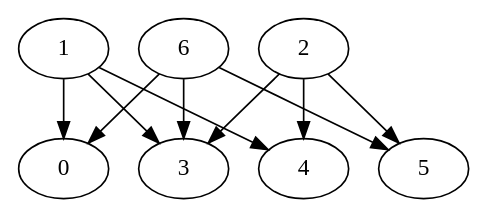
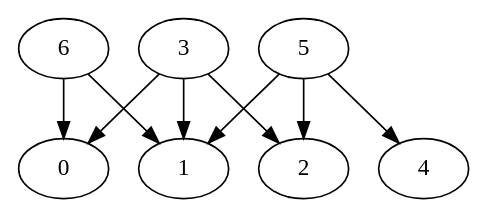
The diagram in utils/apps/app.dot (nreusch/TSNConf), drawn with Graphviz before and after one commit. The commit also changed 115 other files, not shown here.

```diff
--- a/utils/apps/app.dot
+++ b/utils/apps/app.dot
@@ -1,11 +1,10 @@
 digraph dag {
-	1 -> 0;
-	1 -> 3;
-	1 -> 4;
-	2 -> 3;
-	2 -> 4;
-	2 -> 5;
+	3 -> 0;
+	3 -> 1;
+	3 -> 2;
+	5 -> 1;
+	5 -> 2;
+	5 -> 4;
 	6 -> 0;
-	6 -> 3;
-	6 -> 5;
+	6 -> 1;
 }
```
